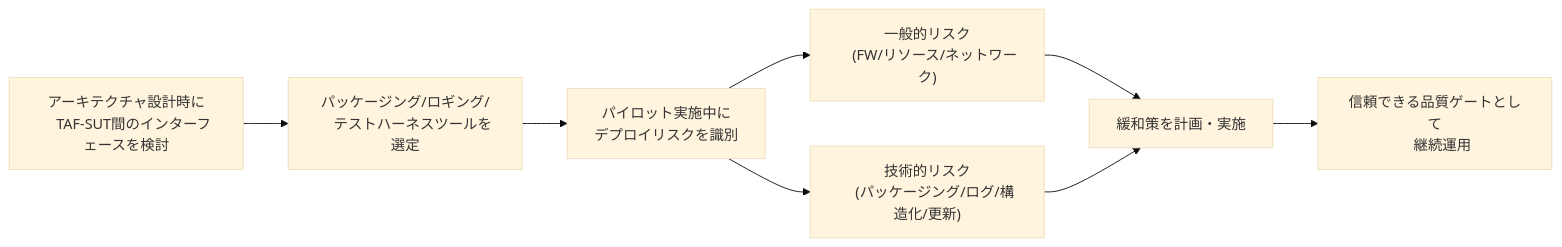
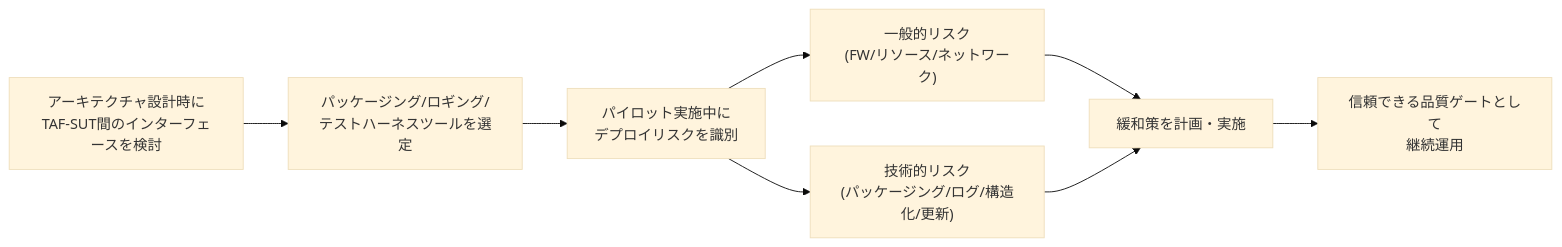
The fourth of 6 diagrams in Ctal-tae-v2.0-ch4-implementing-test-automation.md (myoshi2891/Quality-Assurance-Studies), drawn with Mermaid (base theme) before and after one commit. The commit also changed other lines of this file and 1 other file, not shown here.

Commit message:
docs(ctal-tae): 第3章規格参照の更新および第4章Mermaid構文とリポジトリ管理記述の改善

````diff
--- a/Ctal-tae-v2.0-ch4-implementing-test-automation.md
+++ b/Ctal-tae-v2.0-ch4-implementing-test-automation.md
@@ -241,16 +214,10 @@
 ```mermaid
 flowchart LR
-    A["アーキテクチャ設計時に
-    TAF-SUT間のインターフェースを検討"] --> B["パッケージング/ロギング/
-    テストハーネスツールを選定"]
-    B --> C["パイロット実施中に
-    デプロイリスクを識別"]
-    C --> D1["一般的リスク
-    (FW/リソース/ネットワーク)"]
-    C --> D2["技術的リスク
-    (パッケージング/ログ/構造化/更新)"]
+    A["アーキテクチャ設計時に<br/>TAF-SUT間のインターフェースを検討"] --> B["パッケージング/ロギング/<br/>テストハーネスツールを選定"]
+    B --> C["パイロット実施中に<br/>デプロイリスクを識別"]
+    C --> D1["一般的リスク<br/>(FW/リソース/ネットワーク)"]
+    C --> D2["技術的リスク<br/>(パッケージング/ログ/構造化/更新)"]
     D1 --> E["緩和策を計画・実施"]
     D2 --> E
-    E --> F["信頼できる品質ゲートとして
-    継続運用"]
+    E --> F["信頼できる品質ゲートとして<br/>継続運用"]
 ```
````
